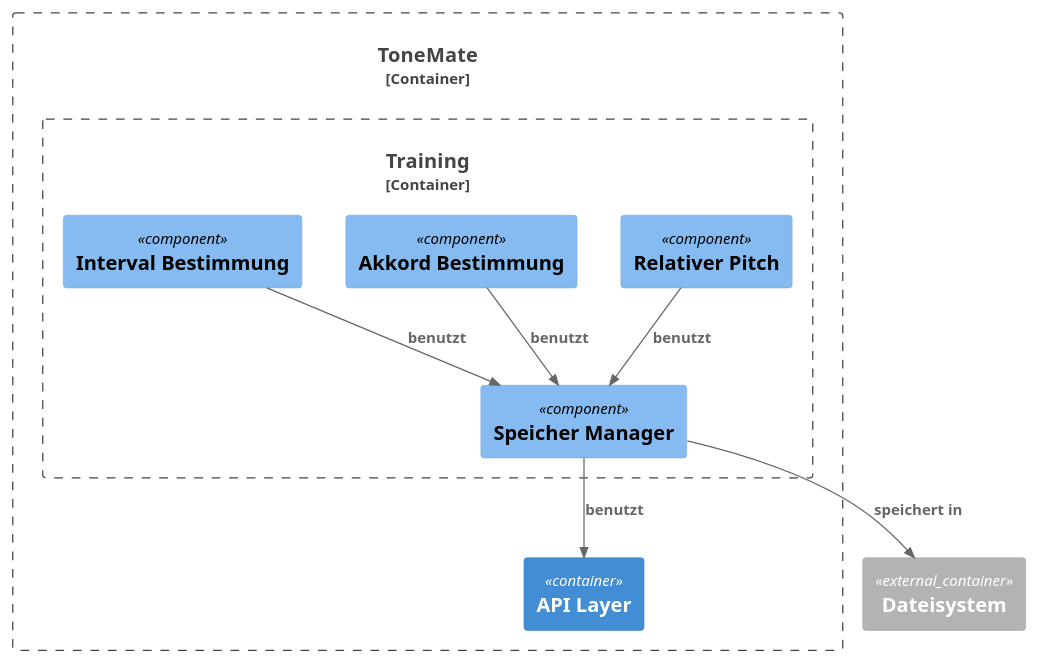
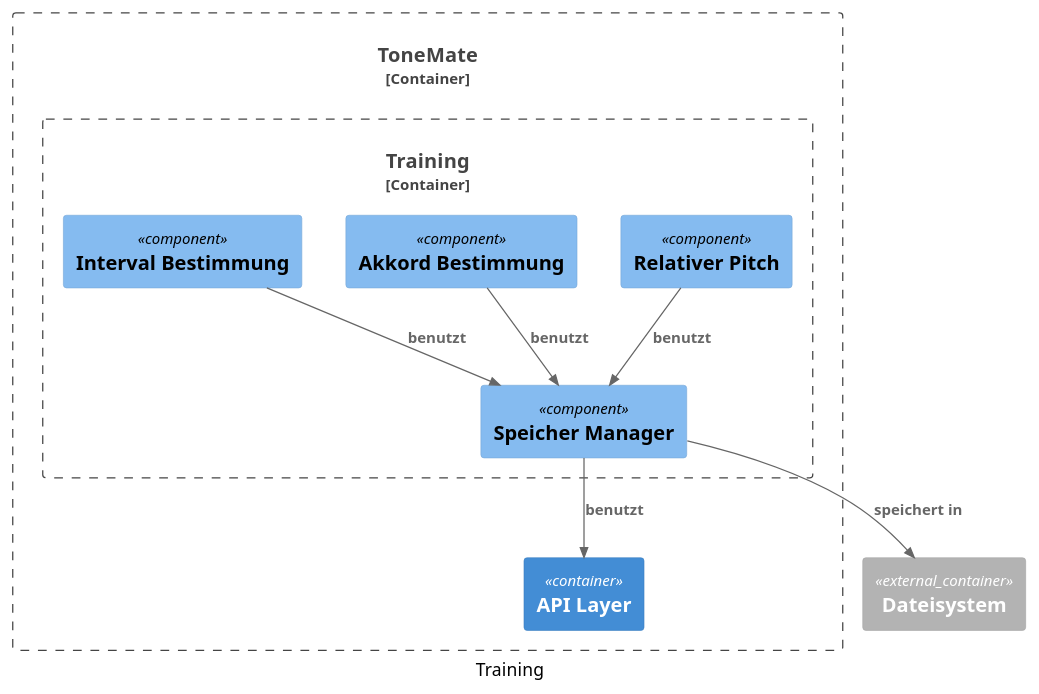
Before and after one commit to BB223/sw-architecture: the third of 5 diagrams in src/05_building_block_view.adoc, drawn with PlantUML. The commit also changed other lines of this file, not shown here.

```diff
--- a/src/05_building_block_view.adoc
+++ b/src/05_building_block_view.adoc
@@ -170,26 +174,28 @@
 [plantuml]
 ....
 @startuml
 !include <C4/C4_Component>
+
+caption Training
 
 Container_Boundary(toneMate, "ToneMate") {
     Container_Boundary(training, "Training") {
         Component(relativerPitch, "Relativer Pitch")
         Component(akkordBestimmung, "Akkord Bestimmung")
         Component(intervalBestimmung, "Interval Bestimmung")
         Component(speicherManager, "Speicher Manager")
 
         Rel(relativerPitch, speicherManager, "benutzt")
         Rel(akkordBestimmung, speicherManager, "benutzt")
         Rel(intervalBestimmung, speicherManager, "benutzt")
     }
     Container(api, "API Layer")
 
     Rel(speicherManager, api, "benutzt")
 }
 Container_Ext(dateiSystem, "Dateisystem")
 
 Rel(speicherManager, dateiSystem, "speichert in")
 
 @enduml
 ....
```
